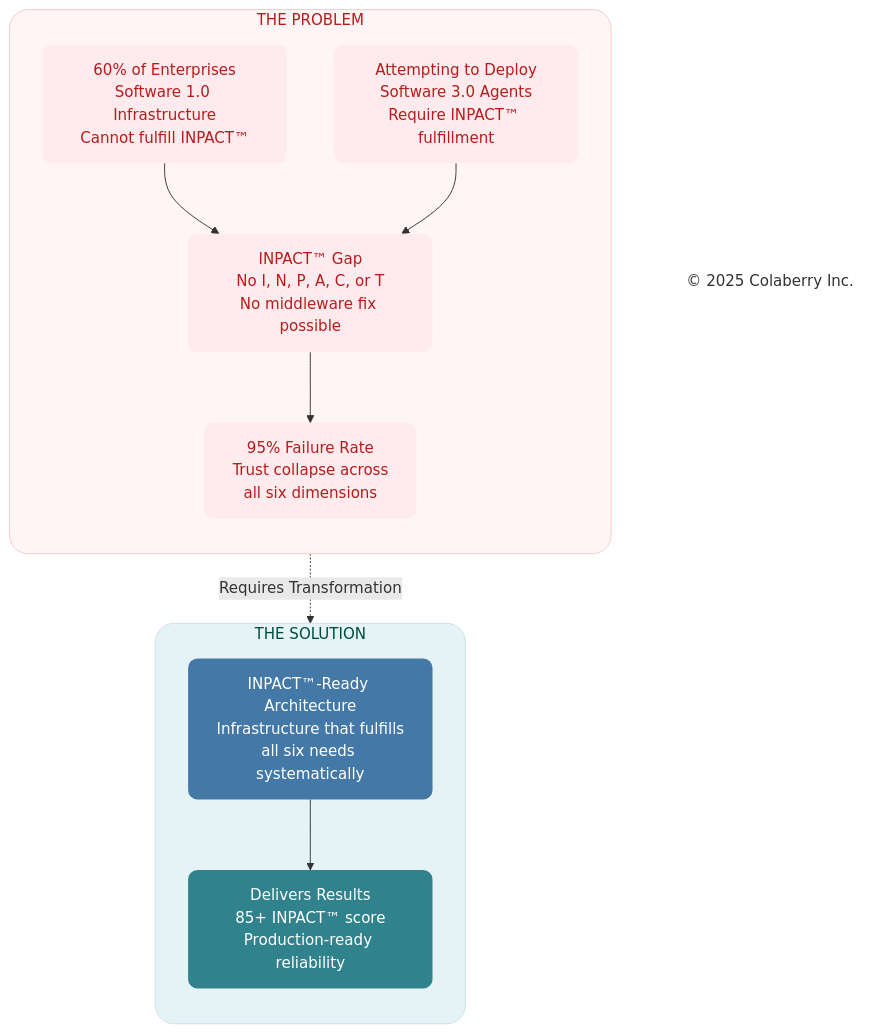
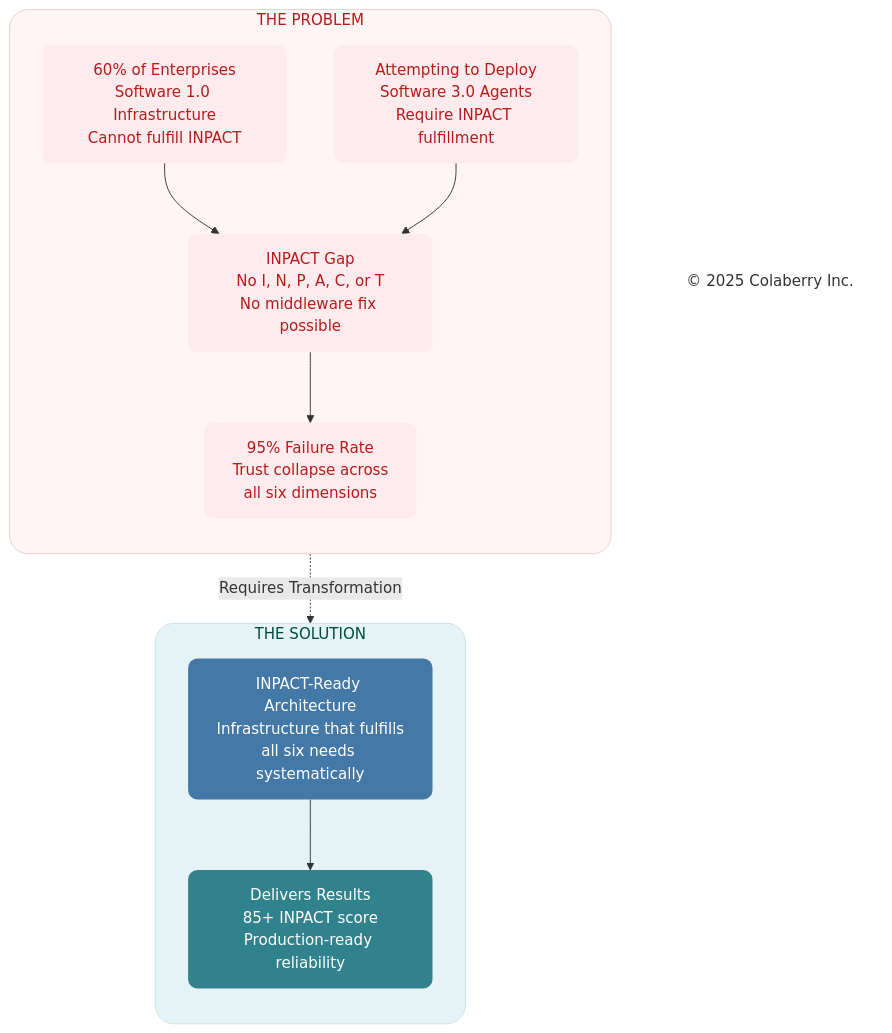
The diagram in mermaid-source/figure-1-3.mmd (saitejesh-cyber/trust-before-intelligence-book), drawn with Mermaid before and after one commit. The commit also changed 62 other files, not shown here.

```diff
--- a/mermaid-source/figure-1-3.mmd
+++ b/mermaid-source/figure-1-3.mmd
@@ -1,40 +1,40 @@
 
 graph TB
     subgraph PROBLEM["THE PROBLEM"]
         direction TB
-        current["60% of Enterprises<br/>Software 1.0 Infrastructure<br/>Cannot fulfill INPACT™"]
+        current["60% of Enterprises<br/>Software 1.0 Infrastructure<br/>Cannot fulfill INPACT"]
         
-        attempting["Attempting to Deploy<br/>Software 3.0 Agents<br/>Require INPACT™ fulfillment"]
+        attempting["Attempting to Deploy<br/>Software 3.0 Agents<br/>Require INPACT fulfillment"]
         
-        gap["INPACT™ Gap<br/>No I, N, P, A, C, or T<br/>No middleware fix possible"]
+        gap["INPACT Gap<br/>No I, N, P, A, C, or T<br/>No middleware fix possible"]
         
         result["95% Failure Rate<br/>Trust collapse across<br/>all six dimensions"]
         
         current --> gap
         attempting --> gap
         gap --> result
     end
     
     subgraph SOLUTION["THE SOLUTION"]
         direction TB
-        transform["INPACT™-Ready Architecture<br/>Infrastructure that fulfills<br/>all six needs systematically"]
+        transform["INPACT-Ready Architecture<br/>Infrastructure that fulfills<br/>all six needs systematically"]
         
-        delivers["Delivers Results<br/>85+ INPACT™ score<br/>Production-ready reliability"]
+        delivers["Delivers Results<br/>85+ INPACT score<br/>Production-ready reliability"]
         
         transform --> delivers
     end
     
     result -.->|"Requires Transformation"| transform
     
     Copyright["© 2025 Colaberry Inc."]
 
     %% PROBLEM — FAILURE / BI-ERA
     style PROBLEM fill:#fff5f5,stroke:#f2caca,stroke-width:1px,color:#b71c1c,rx:20,ry:20
     style current fill:#ffebee,stroke:none,color:#b71c1c,rx:10,ry:10
     style attempting fill:#ffebee,stroke:none,color:#b71c1c,rx:10,ry:10
     style gap fill:#ffebee,stroke:none,color:#b71c1c,rx:10,ry:10
     style result fill:#ffebee,stroke:none,color:#b71c1c,rx:10,ry:10
     style SOLUTION fill:#e6f3f6,stroke:#c7e3ea,stroke-width:1px,color:#004d40,rx:20,ry:20
     style transform fill:#4478A6,stroke:none,color:#ffffff,rx:10,ry:10
     style delivers fill:#30838C,stroke:none,color:#ffffff,rx:10,ry:10
     style Copyright fill:none,stroke:none,color:#333333
```
